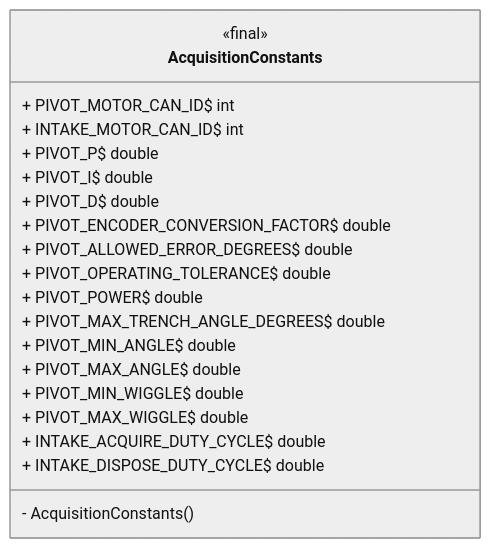
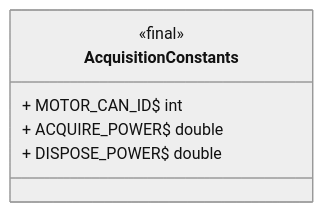
The diagram in src/uml/frc/robot/constants/AcquisitionConstants.mmd (LakotaRobotics1038/2026RobotProject), drawn with Mermaid (neutral theme) before and after one commit. The commit also changed 15 other files, not shown here.

Commit message:
Update UML

```diff
--- a/src/uml/frc/robot/constants/AcquisitionConstants.mmd
+++ b/src/uml/frc/robot/constants/AcquisitionConstants.mmd
@@ -1,23 +1,9 @@
 classDiagram
   direction LR
 
   class AcquisitionConstants {
     <<final>>
-    - AcquisitionConstants()
-    + PIVOT_MOTOR_CAN_ID$ int
-    + INTAKE_MOTOR_CAN_ID$ int
-    + PIVOT_P$ double
-    + PIVOT_I$ double
-    + PIVOT_D$ double
-    + PIVOT_ENCODER_CONVERSION_FACTOR$ double
-    + PIVOT_ALLOWED_ERROR_DEGREES$ double
-    + PIVOT_OPERATING_TOLERANCE$ double
-    + PIVOT_POWER$ double
-    + PIVOT_MAX_TRENCH_ANGLE_DEGREES$ double
-    + PIVOT_MIN_ANGLE$ double
-    + PIVOT_MAX_ANGLE$ double
-    + PIVOT_MIN_WIGGLE$ double
-    + PIVOT_MAX_WIGGLE$ double
-    + INTAKE_ACQUIRE_DUTY_CYCLE$ double
-    + INTAKE_DISPOSE_DUTY_CYCLE$ double
+    + MOTOR_CAN_ID$ int
+    + ACQUIRE_POWER$ double
+    + DISPOSE_POWER$ double
   }
```
